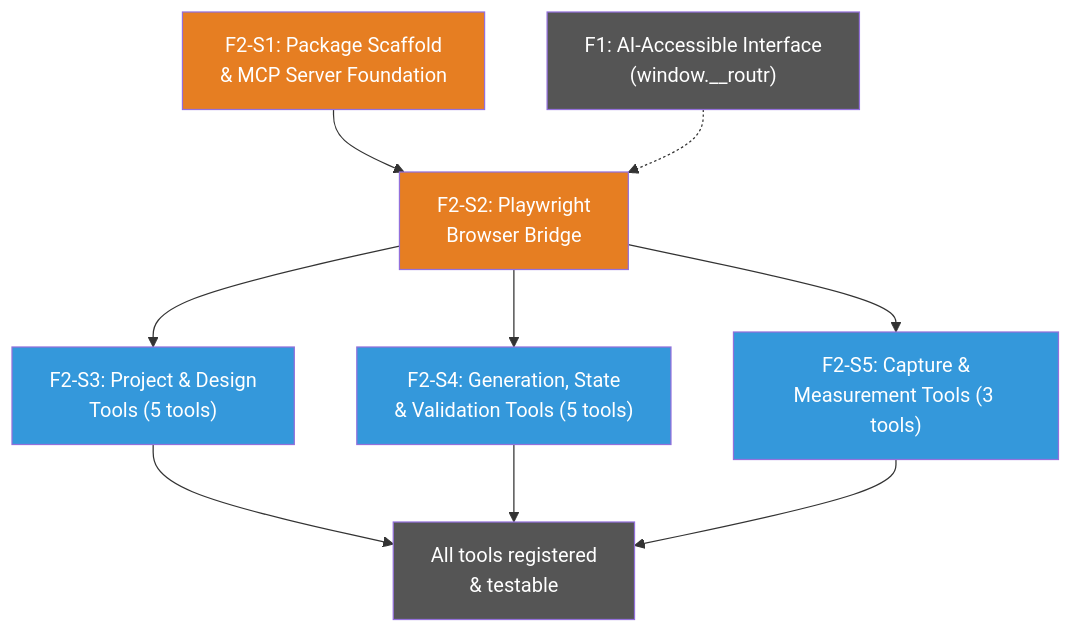
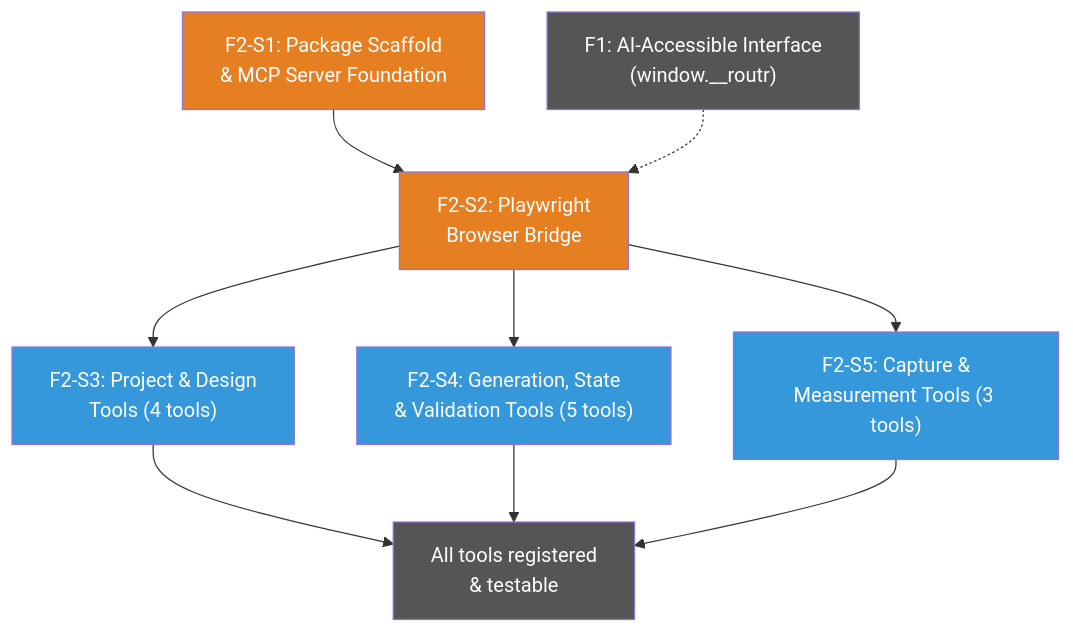
One commit to danhannah94/csdlc-docs changed diagram 13 of 13 in docs/projects/routr/epics/validation.md. Above: the diagram before and after it, drawn with Mermaid. The commit also changed other lines of this file, not shown here.

````diff
--- a/docs/projects/routr/epics/validation.md
+++ b/docs/projects/routr/epics/validation.md
@@ -1081,21 +1081,21 @@
 ```mermaid
 graph TD
     S1["F2-S1: Package Scaffold<br/>& MCP Server Foundation"] --> S2["F2-S2: Playwright<br/>Browser Bridge"]
-    S2 --> S3["F2-S3: Project & Design<br/>Tools (5 tools)"]
+    S2 --> S3["F2-S3: Project & Design<br/>Tools (4 tools)"]
     S2 --> S4["F2-S4: Generation, State<br/>& Validation Tools (5 tools)"]
     S2 --> S5["F2-S5: Capture &<br/>Measurement Tools (3 tools)"]
 
     F1["F1: AI-Accessible Interface<br/>(window.__routr)"] -.-> S2
 
     S3 --> TEST["All tools registered<br/>& testable"]
     S4 --> TEST
     S5 --> TEST
 
     style S1 fill:#e67e22,color:#fff
     style S2 fill:#e67e22,color:#fff
     style S3 fill:#3498db,color:#fff
     style S4 fill:#3498db,color:#fff
     style S5 fill:#3498db,color:#fff
     style F1 fill:#555,color:#fff
     style TEST fill:#555,color:#fff
 ```
````
